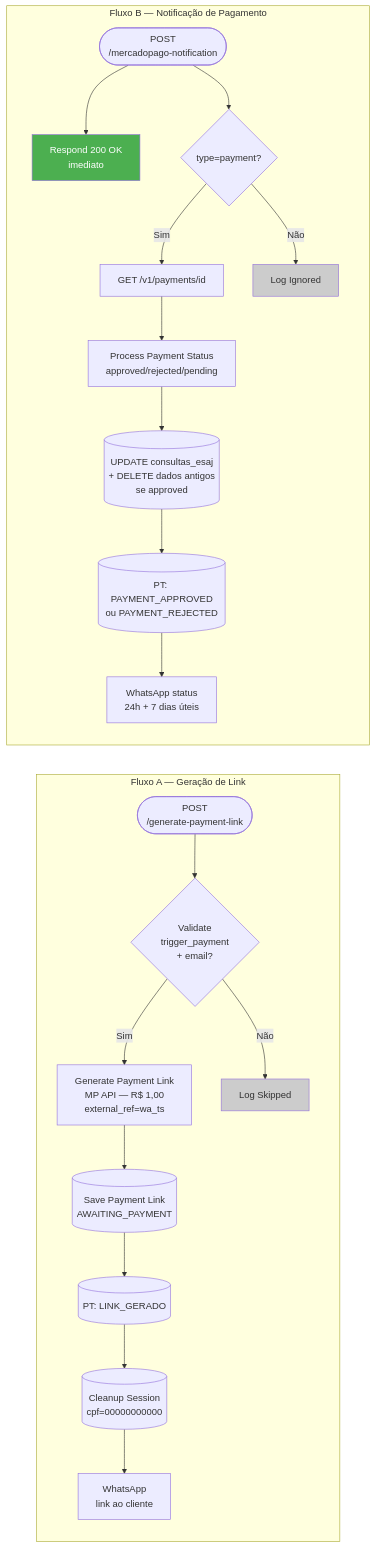
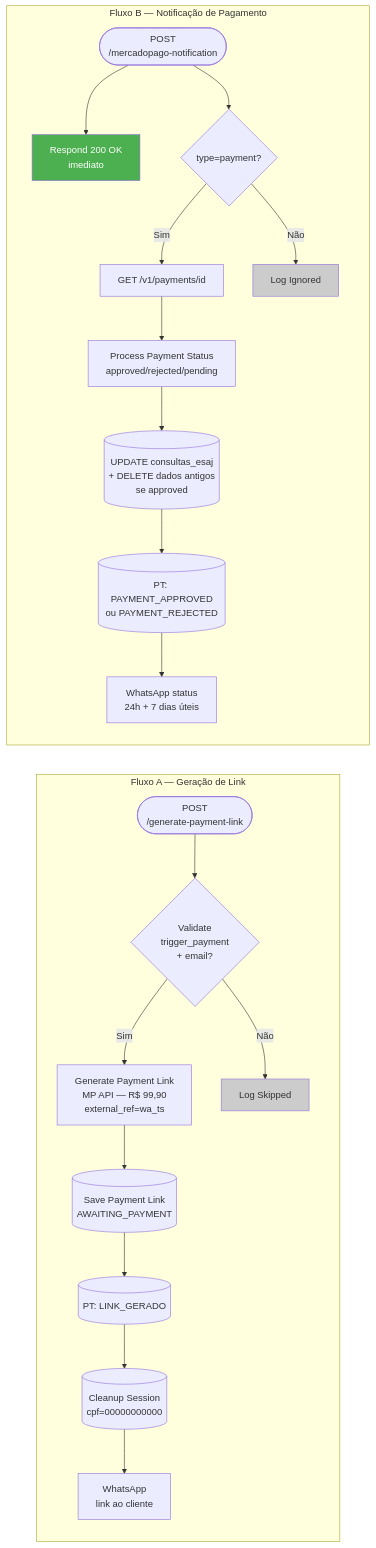
Before and after one commit to revisaprecatorio/ocr-oficios-tjsp: the third of 8 diagrams in assessment_pipeline/05_DIAGRAMAS_MERMAID.md, drawn with Mermaid. The commit also changed other lines of this file and 34 other files, not shown here.

````diff
--- a/assessment_pipeline/05_DIAGRAMAS_MERMAID.md
+++ b/assessment_pipeline/05_DIAGRAMAS_MERMAID.md
@@ -101,27 +101,27 @@
 ```mermaid
 flowchart LR
     subgraph "Fluxo A — Geração de Link"
         WH1([POST\n/generate-payment-link]) --> V{Validate\ntrigger_payment\n+ email?}
-        V -->|Sim| GL[Generate Payment Link\nMP API — R$ 1,00\nexternal_ref=wa_ts]
+        V -->|Sim| GL[Generate Payment Link\nMP API — R$ 99,90\nexternal_ref=wa_ts]
         V -->|Não| SK[Log Skipped]
         GL --> SL[(Save Payment Link\nAWAITING_PAYMENT)]
         SL --> PT1[(PT: LINK_GERADO)]
         PT1 --> CL[(Cleanup Session\ncpf=00000000000)]
         CL --> WA1[WhatsApp\nlink ao cliente]
     end
 
     subgraph "Fluxo B — Notificação de Pagamento"
         WH2([POST\n/mercadopago-notification]) --> RES[Respond 200 OK\nimediato]
         WH2 --> F{type=payment?}
         F -->|Sim| GPD[GET /v1/payments/id]
         F -->|Não| IGN[Log Ignored]
         GPD --> PS[Process Payment Status\napproved/rejected/pending]
         PS --> UPS[(UPDATE consultas_esaj\n+ DELETE dados antigos\nse approved)]
         UPS --> PT2[(PT: PAYMENT_APPROVED\nou PAYMENT_REJECTED)]
         PT2 --> WA2[WhatsApp status\n24h + 7 dias úteis]
     end
 
     style SK fill:#ccc
     style IGN fill:#ccc
     style RES fill:#4CAF50,color:#fff
 ```
````
